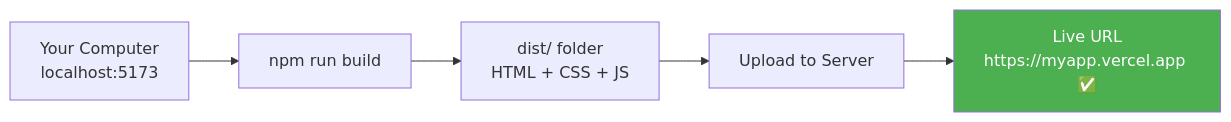
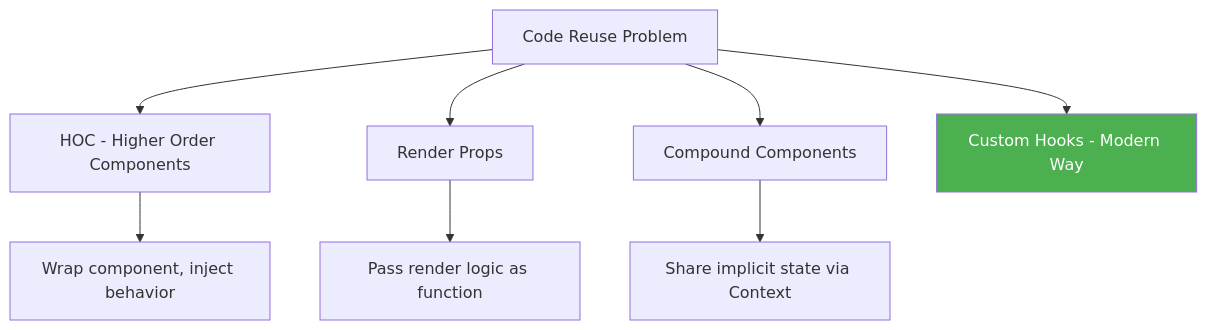
One commit to Maksof-waqarahmed/Web-Development-2-ReactJs changed the first of 2 diagrams in React/week_12/class_2/README.md. Above: the diagram before and after it, drawn with Mermaid. The commit also changed other lines of this file and 25 other files, not shown here.

````diff
--- a/React/week_12/class_2/README.md
+++ b/React/week_12/class_2/README.md
@@ -28,8 +24,11 @@
 ```mermaid
-graph LR
-    A[Your Computer\nlocalhost:5173] --> B[npm run build]
-    B --> C[dist/ folder\nHTML + CSS + JS]
-    C --> D[Upload to Server]
-    D --> E[Live URL\nhttps://myapp.vercel.app ✅]
+graph TD
+    A[Code Reuse Problem] --> B[HOC - Higher Order Components]
+    A --> C[Render Props]
+    A --> D[Compound Components]
+    A --> E[Custom Hooks - Modern Way]
+    B --> F[Wrap component, inject behavior]
+    C --> G[Pass render logic as function]
+    D --> H[Share implicit state via Context]
     style E fill:#4caf50,color:#fff
 ```
````
